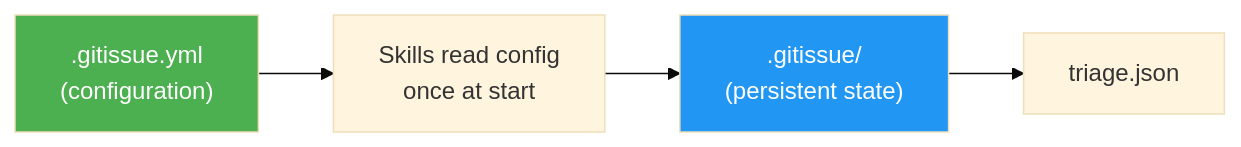
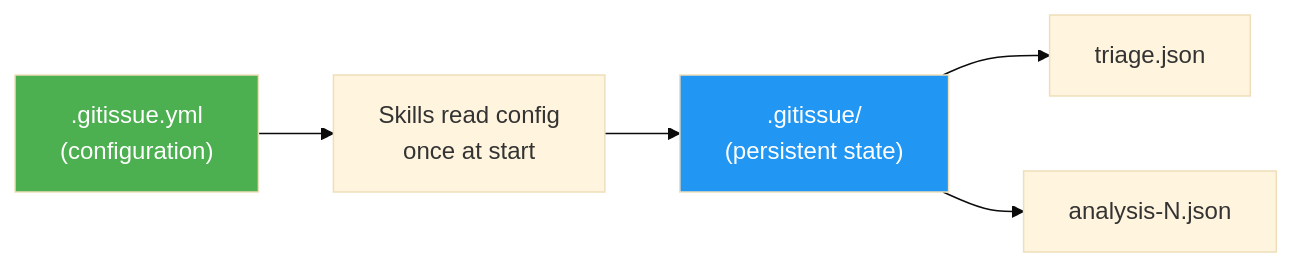
Before and after one commit to luongnv89/idd: the fourth of 4 diagrams in docs/ARCHITECTURE.md, drawn with Mermaid (base theme). The commit also changed other lines of this file and 4 other files, not shown here.

````diff
--- a/docs/ARCHITECTURE.md
+++ b/docs/ARCHITECTURE.md
@@ -97,9 +100,10 @@
 ```mermaid
 graph LR
     Config[".gitissue.yml<br/>(configuration)"] --> Skills["Skills read config<br/>once at start"]
     Skills --> State[".gitissue/<br/>(persistent state)"]
     State --> TJ["triage.json"]
+    State --> AJ["analysis-N.json"]
 
     style Config fill:#4CAF50,color:#fff
     style State fill:#2196F3,color:#fff
 ```
````
